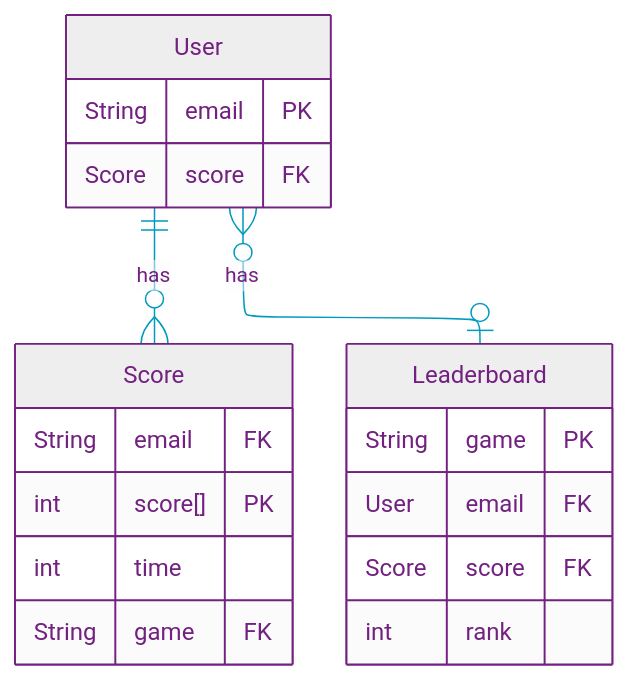
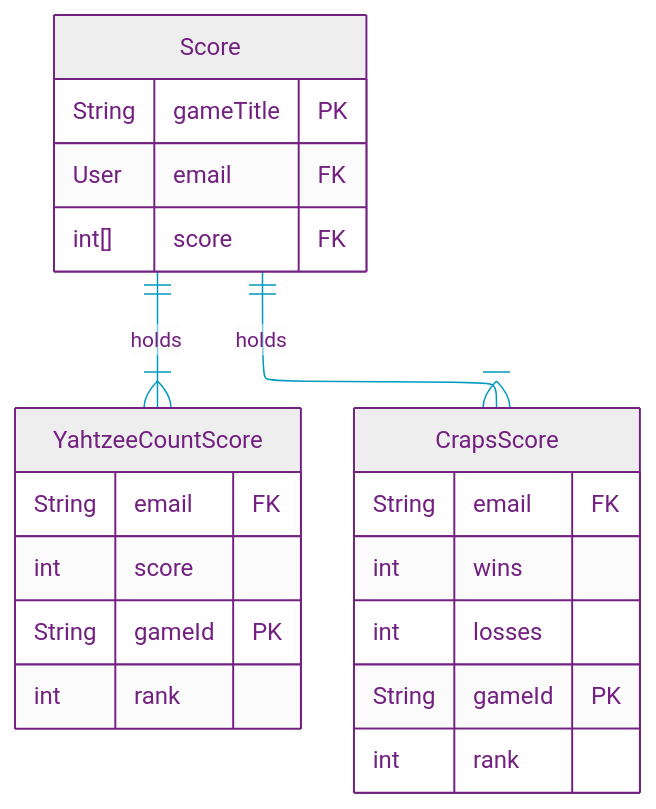
Before and after one commit to null-0ne/COSA-195-Gamehub: the diagram in uml/leaderboards/erd.md, drawn with Mermaid. The commit also changed other lines of this file and 2 other files, not shown here.

Commit message:
ICD, ERD, SEQ updated and reviewed Dustin/Preston

````diff
--- a/uml/leaderboards/erd.md
+++ b/uml/leaderboards/erd.md
@@ -2,35 +2,36 @@
 ```mermaid
 %%{init:{"securityLevel":"loose","layout":"elk","elk":{"nodePlacementStrategy":"NETWORK_SIMPLEX"},"theme":"base",
 "themeVariables":{"primaryColor":"#EEE","primaryTextColor":"#732181","primaryBorderColor":"#732181","lineColor":"#009ABE","noteBorderColor":"#732181","noteBkgColor":"#F38A00","activationBkgColor":"#F38A00"    }
 }}%%
 %%----------------------- MERMAID MARKUP BELOW --------------------%%
 erDiagram
-    Score {
+    YahtzeeCountScore {
       String email FK 
-      int score[] PK
-      int time 
-      String game FK
-    }
-
-    Leaderboard {
-      String game PK
-      User email FK
-      Score score FK 
+      int score
+      String gameId PK
       int rank
     }
 
-    User{
-        String email PK
-        Score score FK
+    CrapsScore {
+      String email FK
+      int wins
+      int losses
+      String gameId PK
+      int rank
     }
 
-
+    Score {
+      String gameTitle PK
+      User email FK
+      int[] score FK 
+    }
 
     %% Relationships
-    User }o--o| Leaderboard : "has"
-    User ||--o{ Score : "has"
+    
+    Score ||--|{ CrapsScore : "holds"
+    Score ||--|{ YahtzeeCountScore : "holds"
 
 
 
 %%----------------------- MERMAID MARKUP ABOVE --------------------%%    
 ```
````
